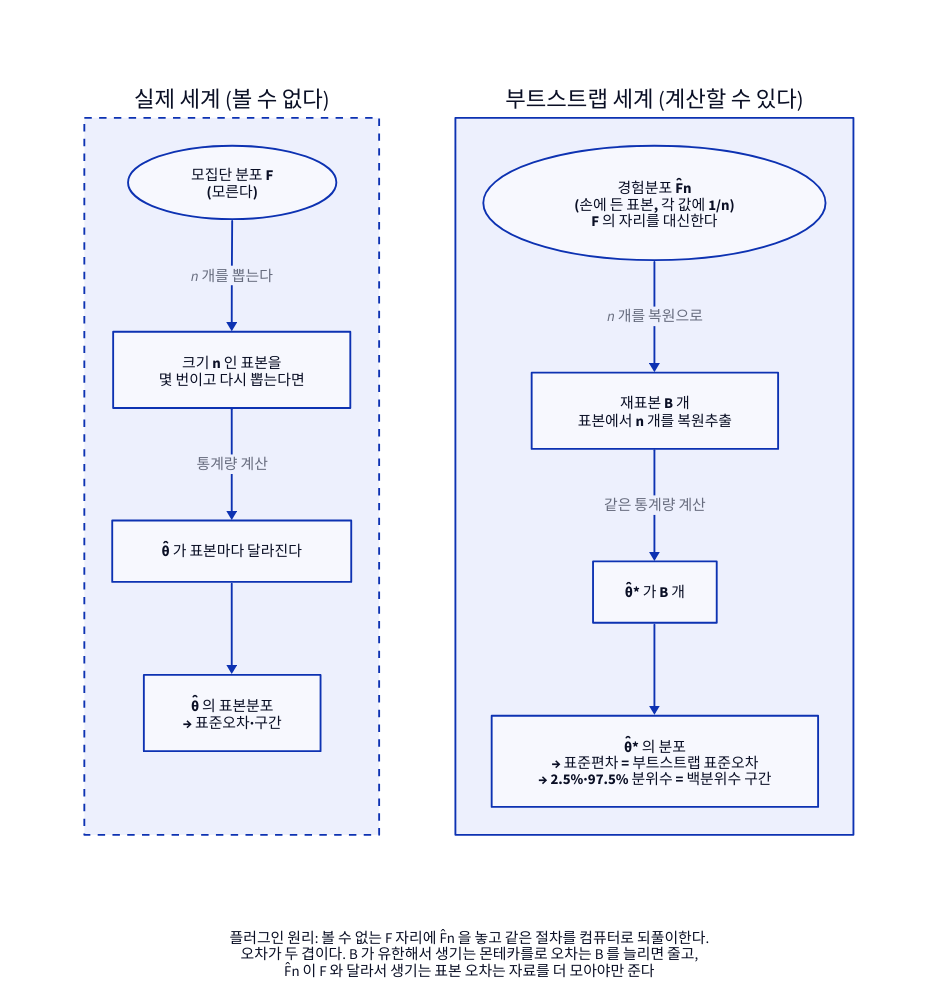
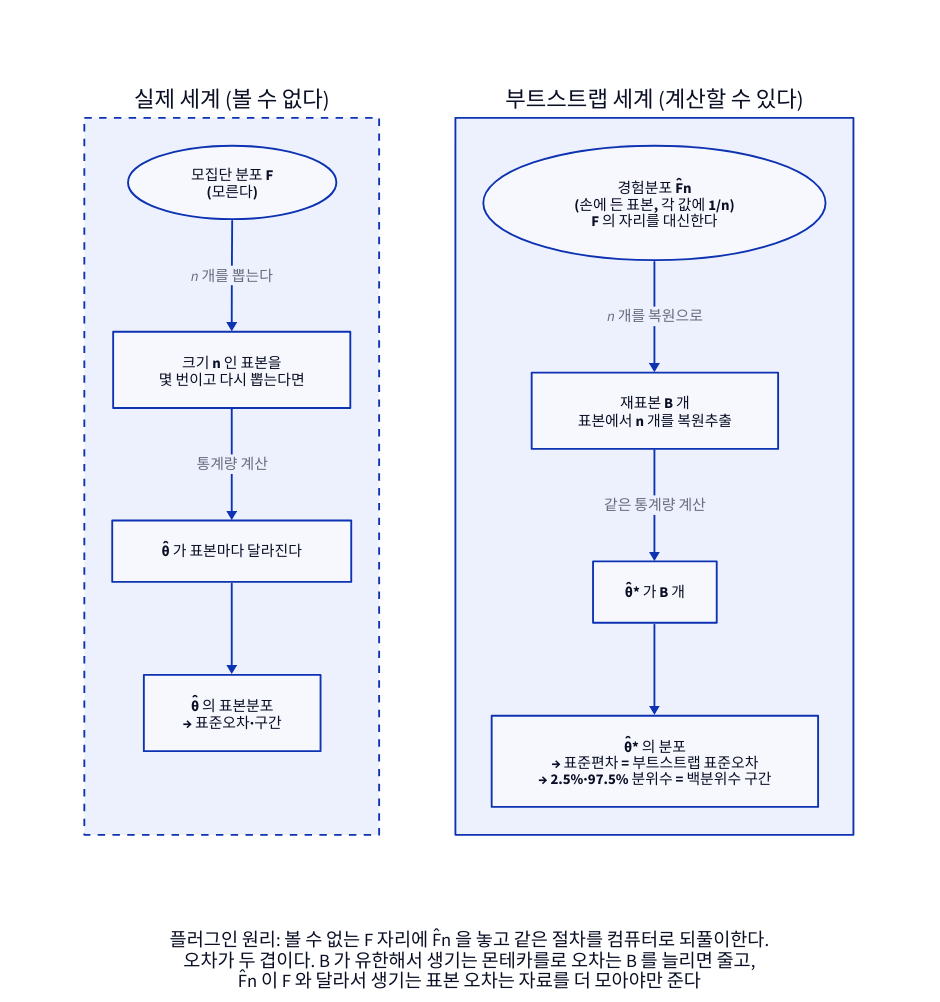
Before and after one commit to Dong-gi/Dong-gi.github.io: the diagram in d2/stats/sta-np-boot-flow.d2, drawn with D2. The commit also changed 40 other files, not shown here.

```diff
--- a/d2/stats/sta-np-boot-flow.d2
+++ b/d2/stats/sta-np-boot-flow.d2
@@ -1,52 +1,53 @@
 # 부트스트랩의 생각 — 통계학 15장(비모수 방법과 재표집).
 #
 # 무엇을 읽어야 하나: 두 칸이 같은 모양이다. '실제 세계' 칸의 모집단 자리를
 # '부트스트랩 세계' 칸에서는 표본(경험분포)이 대신한다. 실제 세계의 표본분포는
 # 볼 수 없고, 부트스트랩 세계의 것은 컴퓨터로 얼마든지 볼 수 있다.
 direction: down
 
 두세계: {
   label: ""
   grid-rows: 1
   grid-columns: 2
   grid-gap: 80
   style.stroke: transparent
   style.fill: transparent
 
 실제: {
   label: "실제 세계 (볼 수 없다)"
   style.stroke-dash: 4
   direction: down
 
   F: { label: "모집단 분포 F\n(모른다)"; shape: oval }
   표본들: { label: "크기 n 인 표본을\n몇 번이고 다시 뽑는다면" }
   추정값들: { label: "θ̂ 가 표본마다 달라진다" }
   표본분포: { label: "θ̂ 의 표본분포\n→ 표준오차·구간"; style.bold: true }
 
   F -> 표본들: "n 개를 뽑는다"
   표본들 -> 추정값들: "통계량 계산"
   추정값들 -> 표본분포
 }
 
 부트: {
   label: "부트스트랩 세계 (계산할 수 있다)"
   direction: down
 
   Fn: { label: "경험분포 F̂n\n(손에 든 표본, 각 값에 1/n)\nF 의 자리를 대신한다"; shape: oval }
   재표본: { label: "재표본 B 개\n표본에서 n 개를 복원추출" }
   재추정: { label: "θ̂* 가 B 개" }
   부트분포: { label: "θ̂* 의 분포\n→ 표준편차 = 부트스트랩 표준오차\n→ 2.5%·97.5% 분위수 = 백분위수 구간"; style.bold: true }
 
   Fn -> 재표본: "n 개를 복원으로"
   재표본 -> 재추정: "같은 통계량 계산"
   재추정 -> 부트분포
 }
 
 }
 
 
 메모: {
   label: "플러그인 원리: 볼 수 없는 F 자리에 F̂n 을 놓고 같은 절차를 컴퓨터로 되풀이한다.\n오차가 두 겹이다. B 가 유한해서 생기는 몬테카를로 오차는 B 를 늘리면 줄고,\nF̂n 이 F 와 달라서 생기는 표본 오차는 자료를 더 모아야만 준다"
   shape: text
+  style.font-size: 20
   near: bottom-center
 }
```
